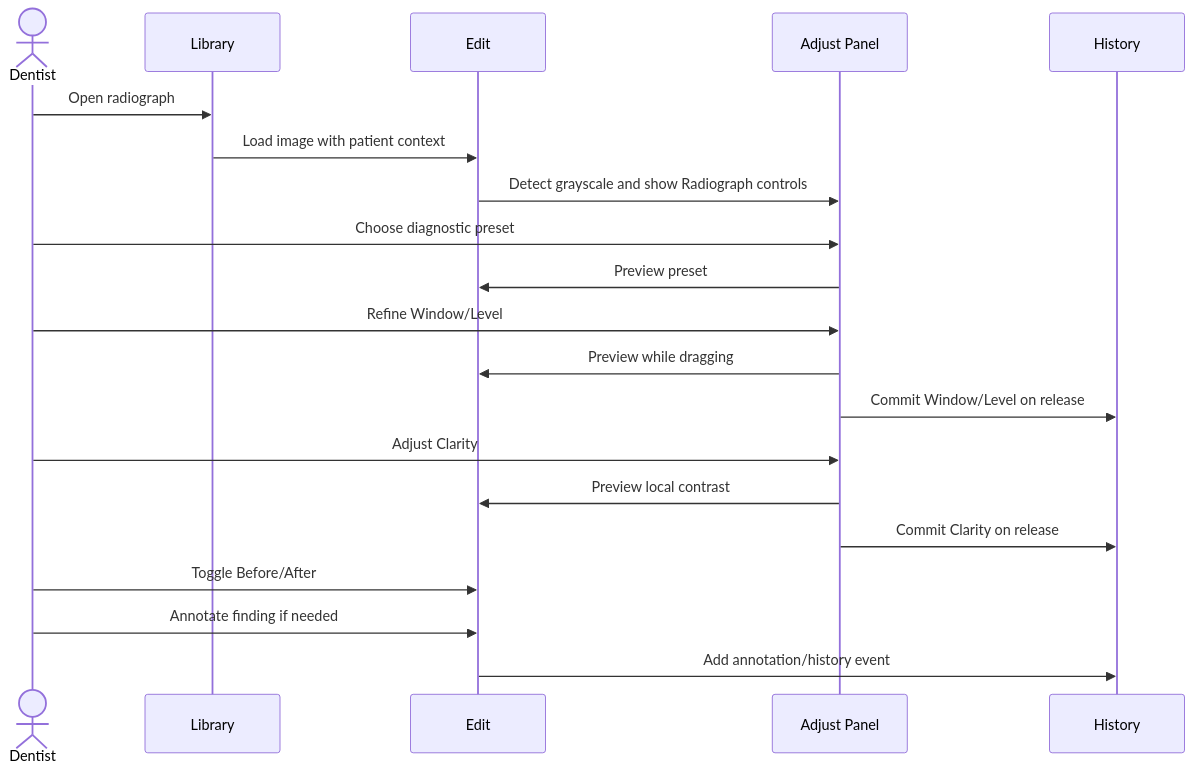
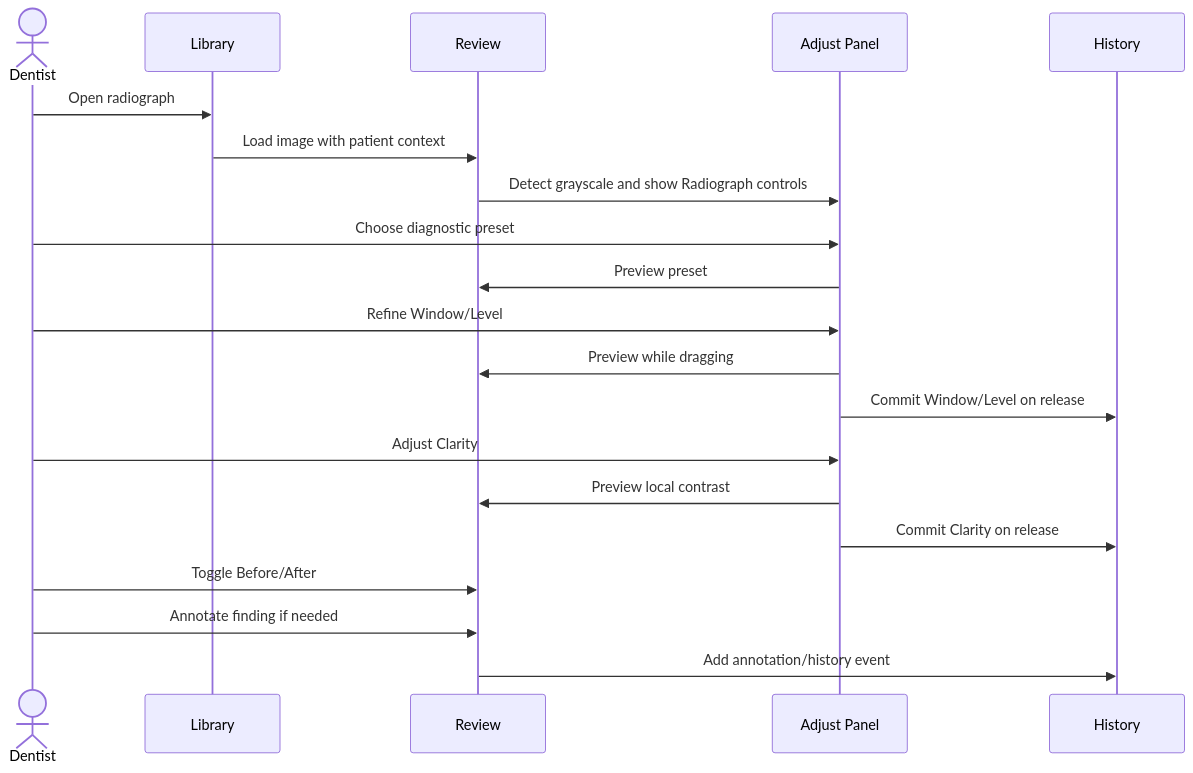
Before and after one commit to DarrinRap/CODEX-PG: the fourth of 5 diagrams in CODEX PG Edit Module UX/CODEX_EDIT_MODULE_RADIOGRAPH_UX_SPEC_v1.md, drawn with Mermaid. The commit also changed other lines of this file and 9 other files, not shown here.

````diff
--- a/CODEX PG Edit Module UX/CODEX_EDIT_MODULE_RADIOGRAPH_UX_SPEC_v1.md
+++ b/CODEX PG Edit Module UX/CODEX_EDIT_MODULE_RADIOGRAPH_UX_SPEC_v1.md
@@ -308,23 +464,23 @@
 ```mermaid
 sequenceDiagram
     actor Dentist
     participant Library
-    participant Edit
+    participant Review
     participant Adjust as Adjust Panel
     participant History
 
     Dentist->>Library: Open radiograph
-    Library->>Edit: Load image with patient context
-    Edit->>Adjust: Detect grayscale and show Radiograph controls
+    Library->>Review: Load image with patient context
+    Review->>Adjust: Detect grayscale and show Radiograph controls
     Dentist->>Adjust: Choose diagnostic preset
-    Adjust->>Edit: Preview preset
+    Adjust->>Review: Preview preset
     Dentist->>Adjust: Refine Window/Level
-    Adjust->>Edit: Preview while dragging
+    Adjust->>Review: Preview while dragging
     Adjust->>History: Commit Window/Level on release
     Dentist->>Adjust: Adjust Clarity
-    Adjust->>Edit: Preview local contrast
+    Adjust->>Review: Preview local contrast
     Adjust->>History: Commit Clarity on release
-    Dentist->>Edit: Toggle Before/After
-    Dentist->>Edit: Annotate finding if needed
-    Edit->>History: Add annotation/history event
+    Dentist->>Review: Toggle Before/After
+    Dentist->>Review: Annotate finding if needed
+    Review->>History: Add annotation/history event
 ```
````
